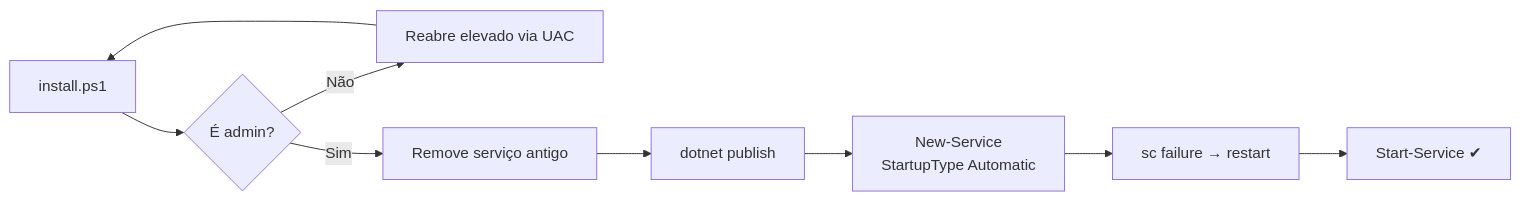
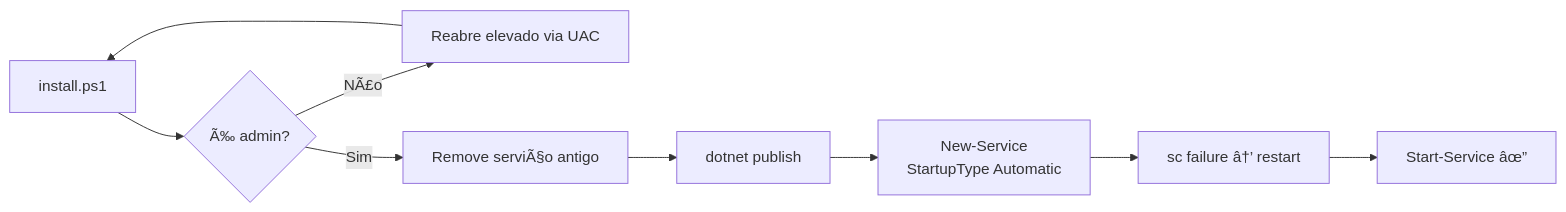
The fifth of 5 diagrams in README.md (leorr/headset-low-latency), drawn with Mermaid before and after one commit. The commit also changed other lines of this file, not shown here.

````diff
--- a/README.md
+++ b/README.md
@@ -224,10 +224,10 @@
 ```mermaid
 flowchart LR
-    A[install.ps1] --> B{É admin?}
-    B -- Não --> C[Reabre elevado via UAC] --> A
-    B -- Sim --> D[Remove serviço antigo]
+    A[install.ps1] --> B{Ã‰ admin?}
+    B -- NÃ£o --> C[Reabre elevado via UAC] --> A
+    B -- Sim --> D[Remove serviÃ§o antigo]
     D --> E[dotnet publish]
     E --> F[New-Service<br/>StartupType Automatic]
-    F --> G[sc failure → restart]
-    G --> H[Start-Service ✔]
+    F --> G[sc failure â†’ restart]
+    G --> H[Start-Service âœ”]
 ```
````
